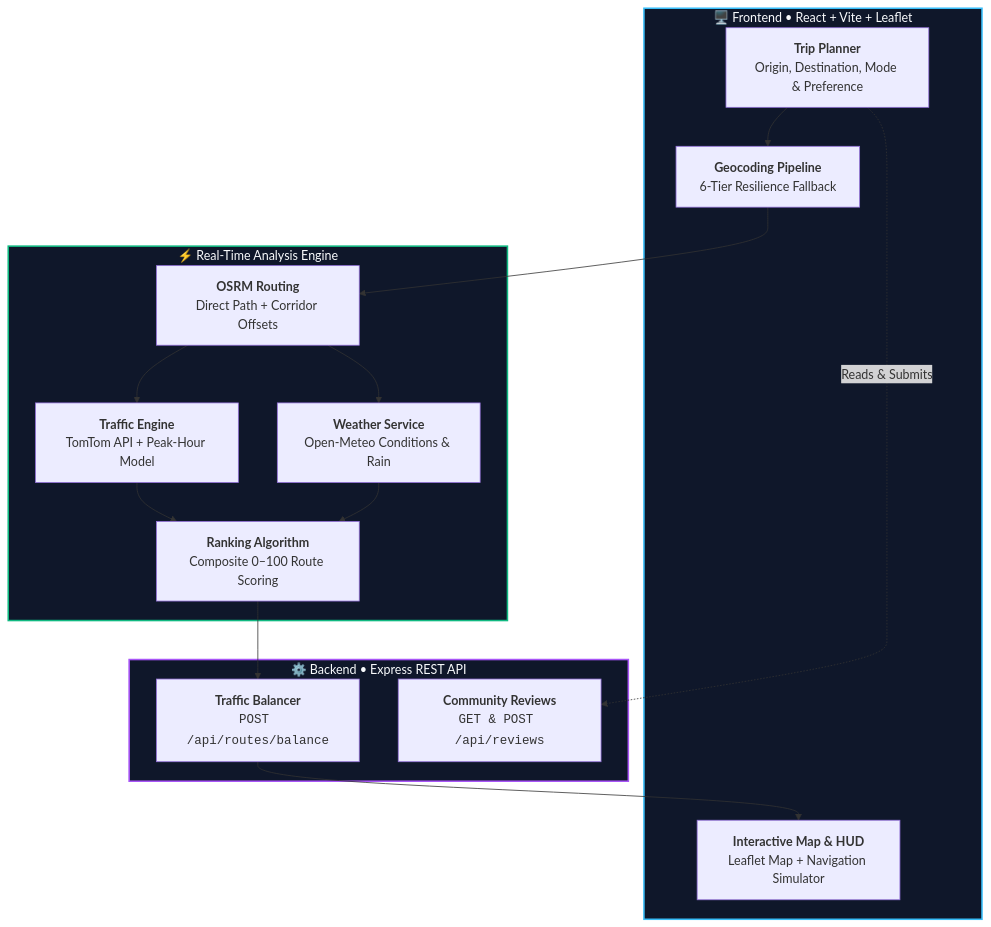
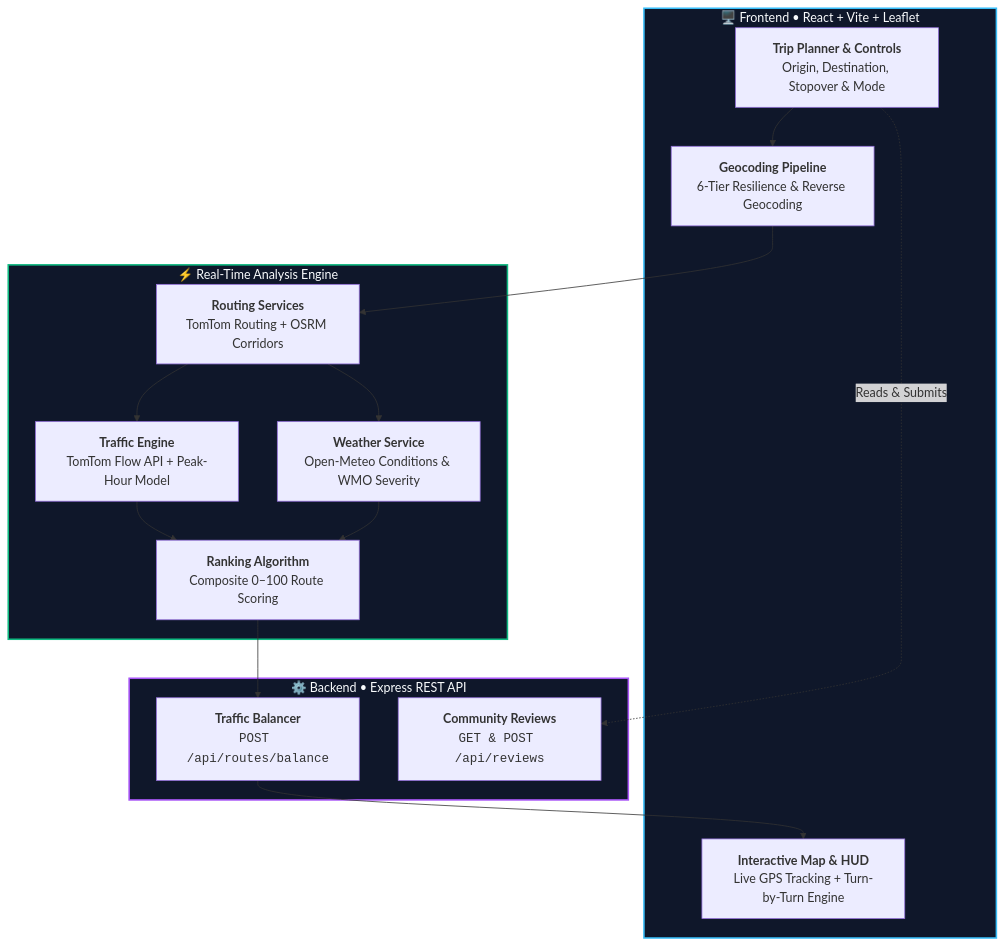
The first of 2 diagrams in README.md (Vedant-Works/FlowX), drawn with Mermaid before and after one commit. The commit also changed other lines of this file and 6 other files, not shown here.

````diff
--- a/README.md
+++ b/README.md
@@ -33,34 +33,34 @@
 ```mermaid
 flowchart TD
     subgraph Client ["🖥️ Frontend &bull; React + Vite + Leaflet"]
-        UI["<b>Trip Planner</b><br/>Origin, Destination, Mode & Preference"]
-        GEO["<b>Geocoding Pipeline</b><br/>6-Tier Resilience Fallback"]
-        MAP["<b>Interactive Map & HUD</b><br/>Leaflet Map + Navigation Simulator"]
+        UI["<b>Trip Planner & Controls</b><br/>Origin, Destination, Stopover & Mode"]
+        GEO["<b>Geocoding Pipeline</b><br/>6-Tier Resilience & Reverse Geocoding"]
+        MAP["<b>Interactive Map & HUD</b><br/>Live GPS Tracking + Turn-by-Turn Engine"]
     end
 
     subgraph RoutingEngine ["⚡ Real-Time Analysis Engine"]
-        OSRM["<b>OSRM Routing</b><br/>Direct Path + Corridor Offsets"]
-        TRAFFIC["<b>Traffic Engine</b><br/>TomTom API + Peak-Hour Model"]
-        WEATHER["<b>Weather Service</b><br/>Open-Meteo Conditions & Rain"]
+        ROUTING["<b>Routing Services</b><br/>TomTom Routing + OSRM Corridors"]
+        TRAFFIC["<b>Traffic Engine</b><br/>TomTom Flow API + Peak-Hour Model"]
+        WEATHER["<b>Weather Service</b><br/>Open-Meteo Conditions & WMO Severity"]
         RANK["<b>Ranking Algorithm</b><br/>Composite 0–100 Route Scoring"]
     end
 
     subgraph Backend ["⚙️ Backend &bull; Express REST API"]
         BAL["<b>Traffic Balancer</b><br/><code>POST /api/routes/balance</code>"]
         REV["<b>Community Reviews</b><br/><code>GET & POST /api/reviews</code>"]
     end
 
     UI --> GEO
-    GEO --> OSRM
-    OSRM --> TRAFFIC
-    OSRM --> WEATHER
+    GEO --> ROUTING
+    ROUTING --> TRAFFIC
+    ROUTING --> WEATHER
     TRAFFIC --> RANK
     WEATHER --> RANK
     RANK --> BAL
     BAL --> MAP
     UI -.->|"Reads & Submits"| REV
 
     style Client fill:#0f172a,stroke:#38bdf8,stroke-width:2px,color:#f8fafc
     style RoutingEngine fill:#0f172a,stroke:#10b981,stroke-width:2px,color:#f8fafc
     style Backend fill:#0f172a,stroke:#a855f7,stroke-width:2px,color:#f8fafc
 ```
````
